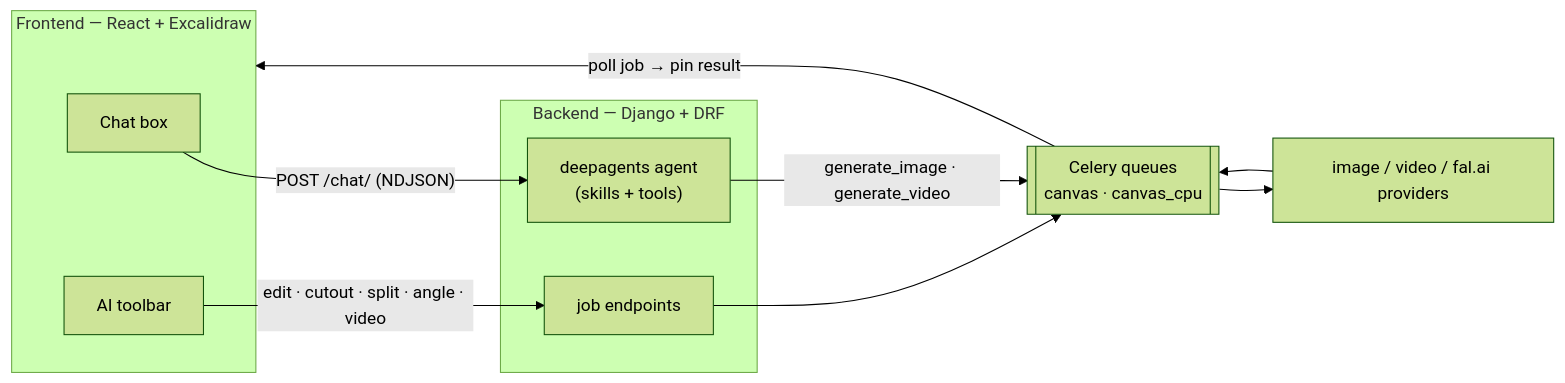
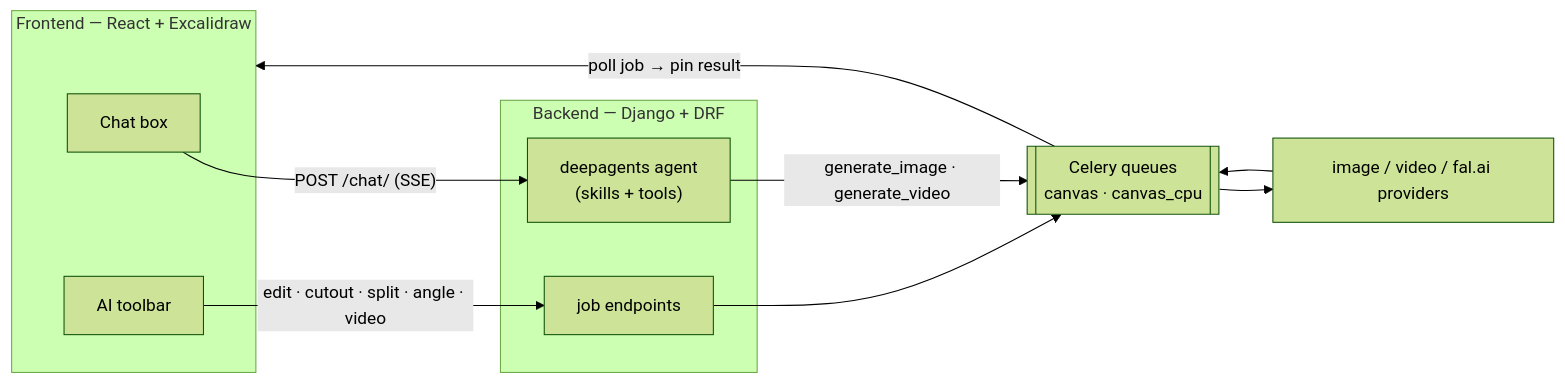
Before and after one commit to Orieileen/Canvex: the diagram in README.md, drawn with Mermaid (forest theme). The commit also changed other lines of this file and 5 other files, not shown here.

````diff
--- a/README.md
+++ b/README.md
@@ -35,19 +39,19 @@
 ```mermaid
 flowchart LR
   subgraph FE["Frontend — React + Excalidraw"]
     Chat["Chat box"]
     Bar["AI toolbar"]
   end
   subgraph BE["Backend — Django + DRF"]
     Agent["deepagents agent<br/>(skills + tools)"]
     API["job endpoints"]
   end
   Q[["Celery queues<br/>canvas · canvas_cpu"]]
   Prov["image / video / fal.ai providers"]
 
-  Chat -->|"POST /chat/ (NDJSON)"| Agent
+  Chat -->|"POST /chat/ (SSE)"| Agent
   Agent -->|"generate_image · generate_video"| Q
   Bar -->|"edit · cutout · split · angle · video"| API --> Q
   Q --> Prov --> Q
   Q -->|"poll job → pin result"| FE
 ```
````
